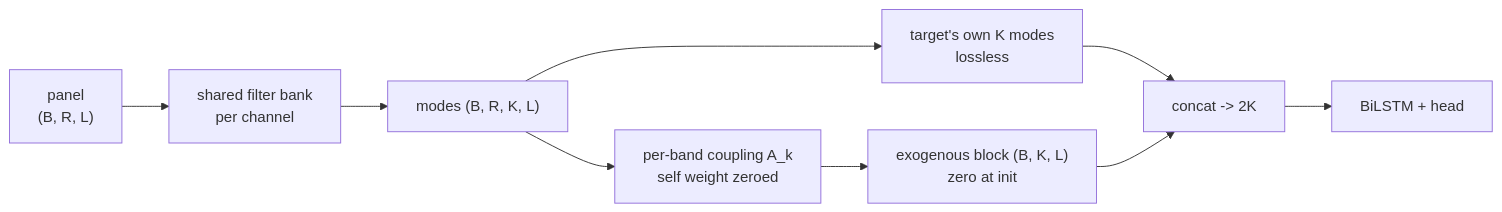
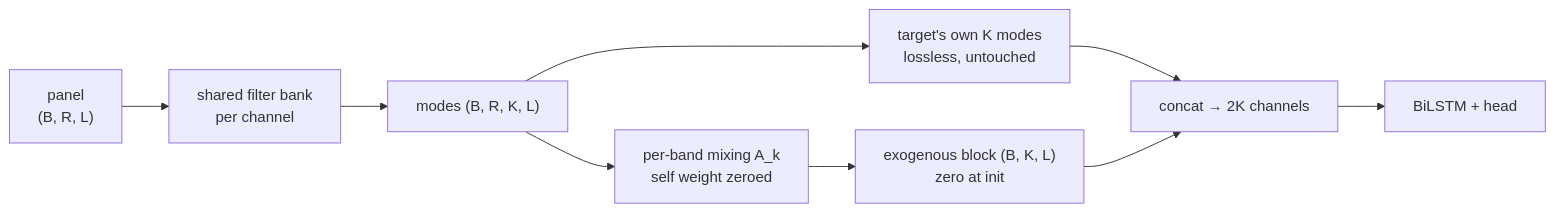
The second of 2 diagrams in FINDINGS.md (lindseyfeng/sa_market), drawn with Mermaid before and after one commit. The commit also changed other lines of this file and 3 other files, not shown here.

````diff
--- a/FINDINGS.md
+++ b/FINDINGS.md
@@ -75,11 +136,11 @@
 ```mermaid
 flowchart LR
   P["panel<br/>(B, R, L)"] --> BK["shared filter bank<br/>per channel"]
   BK --> MM["modes (B, R, K, L)"]
-  MM --> OWN["target's own K modes<br/>lossless"]
-  MM --> CP["per-band coupling A_k<br/>self weight zeroed"]
+  MM --> OWN["target's own K modes<br/>lossless, untouched"]
+  MM --> CP["per-band mixing A_k<br/>self weight zeroed"]
   CP --> EXO["exogenous block (B, K, L)<br/>zero at init"]
-  OWN --> CAT["concat -> 2K"]
+  OWN --> CAT["concat → 2K channels"]
   EXO --> CAT
   CAT --> LS["BiLSTM + head"]
 ```
````
